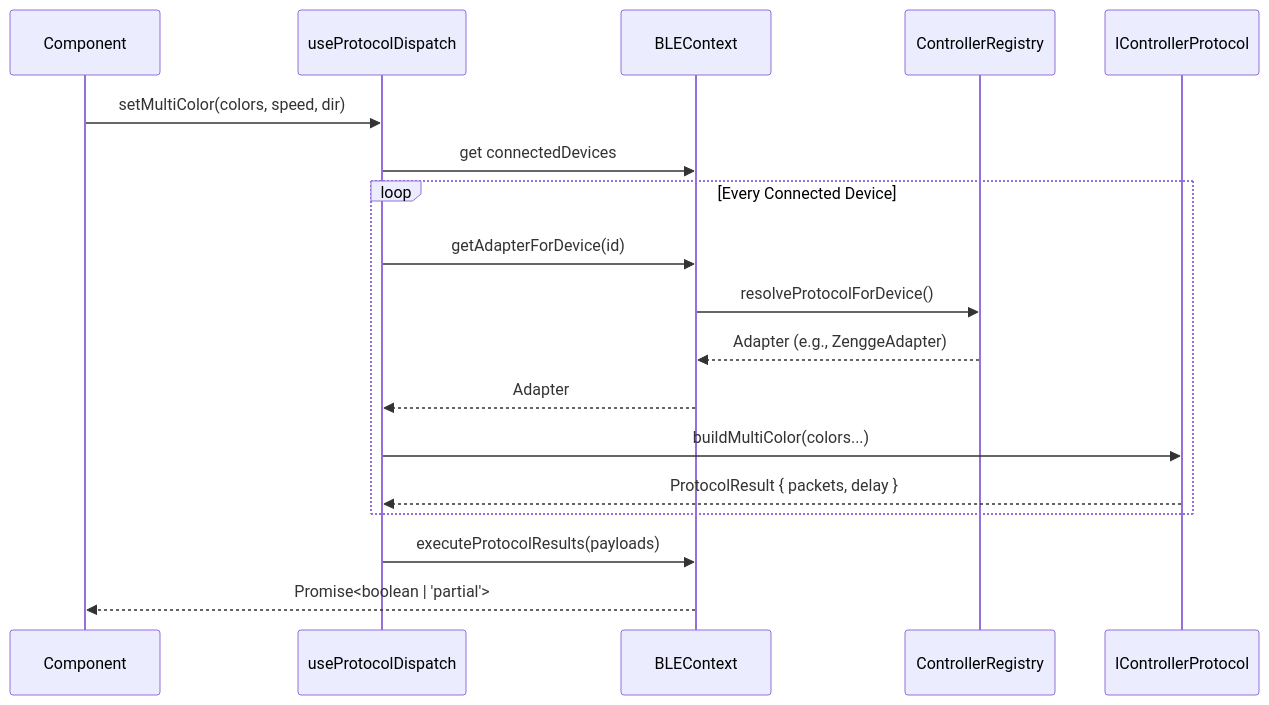
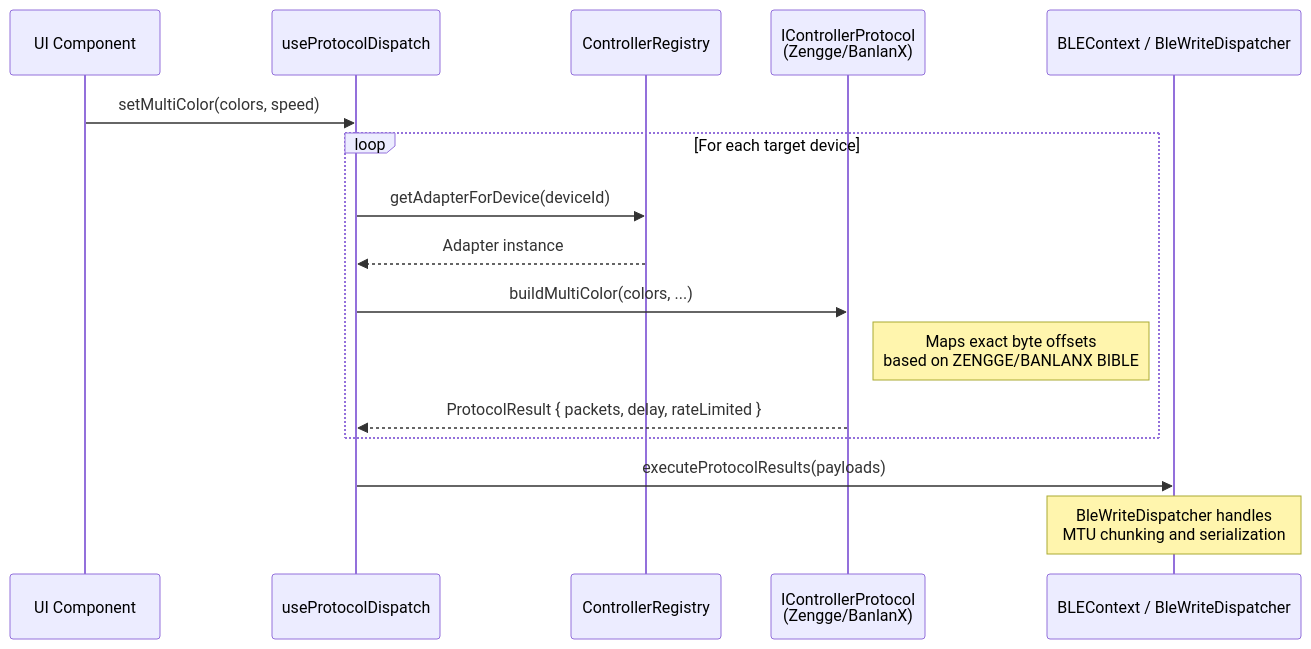
One commit to Neogleamz/SK8Lytz changed diagram 14 of 24 in docs/SK8Lytz_App_Master_Reference.md. Above: the diagram before and after it, drawn with Mermaid. The commit also changed other lines of this file and 7 other files, not shown here.

````diff
--- a/docs/SK8Lytz_App_Master_Reference.md
+++ b/docs/SK8Lytz_App_Master_Reference.md
@@ -2308,21 +2417,19 @@
 ```mermaid
 sequenceDiagram
-    participant UI as Component
-    participant PD as useProtocolDispatch
-    participant Ctx as BLEContext
-    participant Reg as ControllerRegistry
-    participant Adapter as IControllerProtocol
+    participant UI as UI Component
+    participant Dispatch as useProtocolDispatch
+    participant Registry as ControllerRegistry
+    participant Adapter as IControllerProtocol<br/>(Zengge/BanlanX)
+    participant BLE as BLEContext / BleWriteDispatcher
     
-    UI->>PD: setMultiColor(colors, speed, dir)
-    PD->>Ctx: get connectedDevices
-    loop Every Connected Device
-        PD->>Ctx: getAdapterForDevice(id)
-        Ctx->>Reg: resolveProtocolForDevice()
-        Reg-->>Ctx: Adapter (e.g., ZenggeAdapter)
-        Ctx-->>PD: Adapter
-        PD->>Adapter: buildMultiColor(colors...)
-        Adapter-->>PD: ProtocolResult { packets, delay }
+    UI->>Dispatch: setMultiColor(colors, speed)
+    loop For each target device
+        Dispatch->>Registry: getAdapterForDevice(deviceId)
+        Registry-->>Dispatch: Adapter instance
+        Dispatch->>Adapter: buildMultiColor(colors, ...)
+        Note right of Adapter: Maps exact byte offsets<br/>based on ZENGGE/BANLANX BIBLE
+        Adapter-->>Dispatch: ProtocolResult { packets, delay, rateLimited }
     end
-    PD->>Ctx: executeProtocolResults(payloads)
-    Ctx-->>UI: Promise<boolean | 'partial'>
+    Dispatch->>BLE: executeProtocolResults(payloads)
+    Note over BLE: BleWriteDispatcher handles<br/>MTU chunking and serialization
 ```
````
